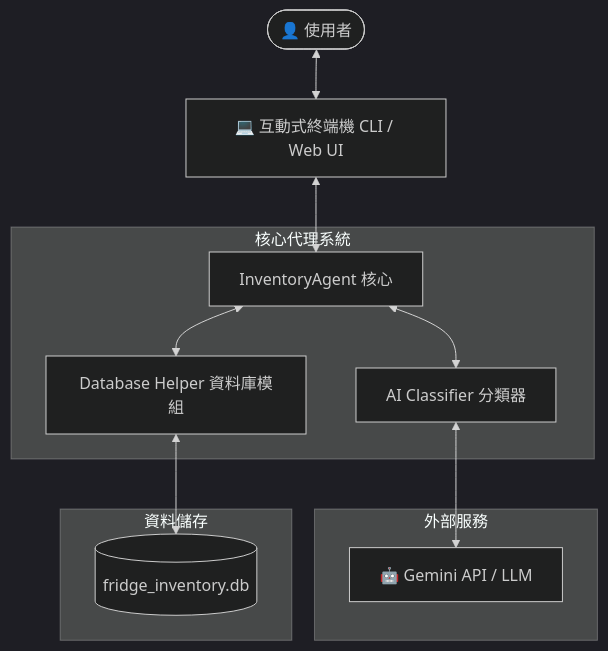
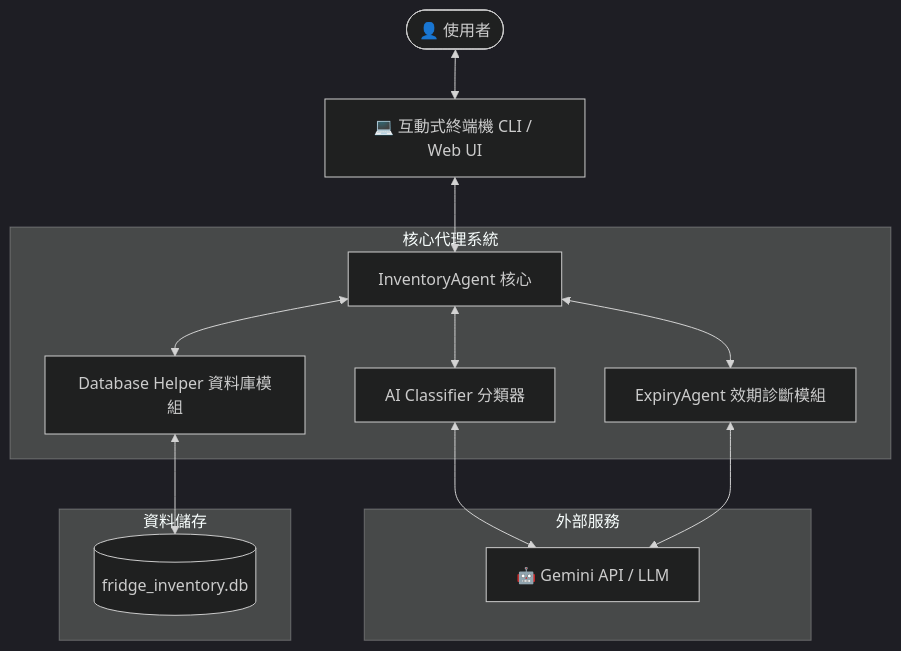
Before and after one commit to hsuvivi1000-design/Smart-Fridge-Manager-: the first of 5 diagrams in docs/ARCHITECTURE.md, drawn with Mermaid (dark theme). The commit also changed other lines of this file and 4 other files, not shown here.

````diff
--- a/docs/ARCHITECTURE.md
+++ b/docs/ARCHITECTURE.md
@@ -7,24 +7,27 @@
 ```mermaid
 graph TD
     User([👤 使用者]) <--> UI[💻 互動式終端機 CLI / Web UI]
-    
+
     subgraph Core Agent System [核心代理系統]
         Manager[InventoryAgent 核心]
         Classifier[AI Classifier 分類器]
+        ExpiryAgent[ExpiryAgent 效期診斷模組]
         DB[Database Helper 資料庫模組]
     end
-    
+
     subgraph External Service [外部服務]
         LLM[🤖 Gemini API / LLM]
     end
-    
+
     subgraph Database [資料儲存]
         SQLite[(fridge_inventory.db)]
     end
-    
+
     UI <--> Manager
     Manager <--> Classifier
+    Manager <--> ExpiryAgent
     Classifier <--> LLM
+    ExpiryAgent <--> LLM
     Manager <--> DB
     DB <--> SQLite
 ```
````
